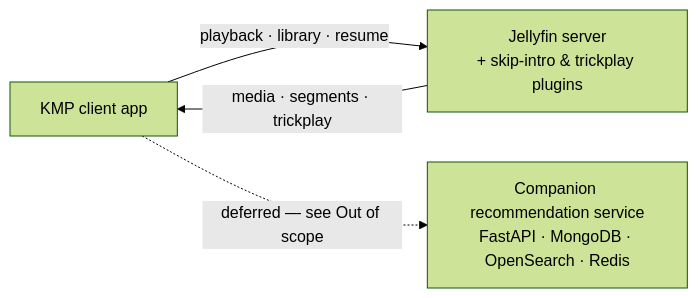
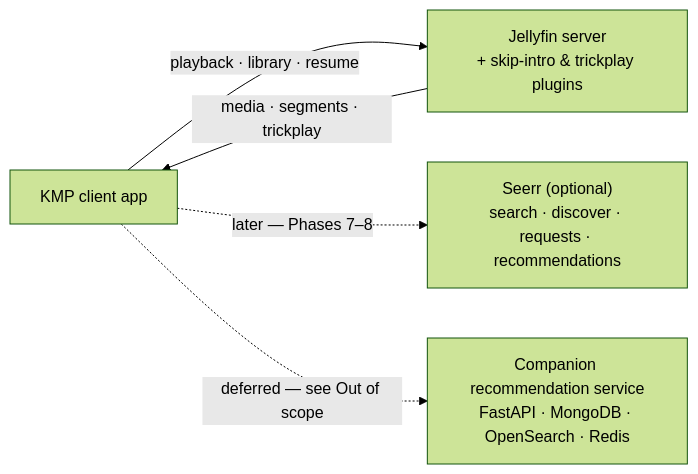
Before and after one commit to VibeyFin/VibeyFin: the second of 2 diagrams in docs/ROADMAP.md, drawn with Mermaid (forest theme). The commit also changed other lines of this file and 186 other files, not shown here.

````diff
--- a/docs/ROADMAP.md
+++ b/docs/ROADMAP.md
@@ -45,6 +52,7 @@
 ```mermaid
 flowchart LR
   Client["KMP client app"] -->|"playback · library · resume"| Jellyfin["Jellyfin server<br/>+ skip-intro & trickplay plugins"]
   Jellyfin -->|"media · segments · trickplay"| Client
+  Client -. "later — Phases 7–8" .-> Seerr["Seerr (optional)<br/>search · discover · requests · recommendations"]
   Client -. "deferred — see Out of scope" .-> Companion["Companion recommendation service<br/>FastAPI · MongoDB · OpenSearch · Redis"]
 ```
````
